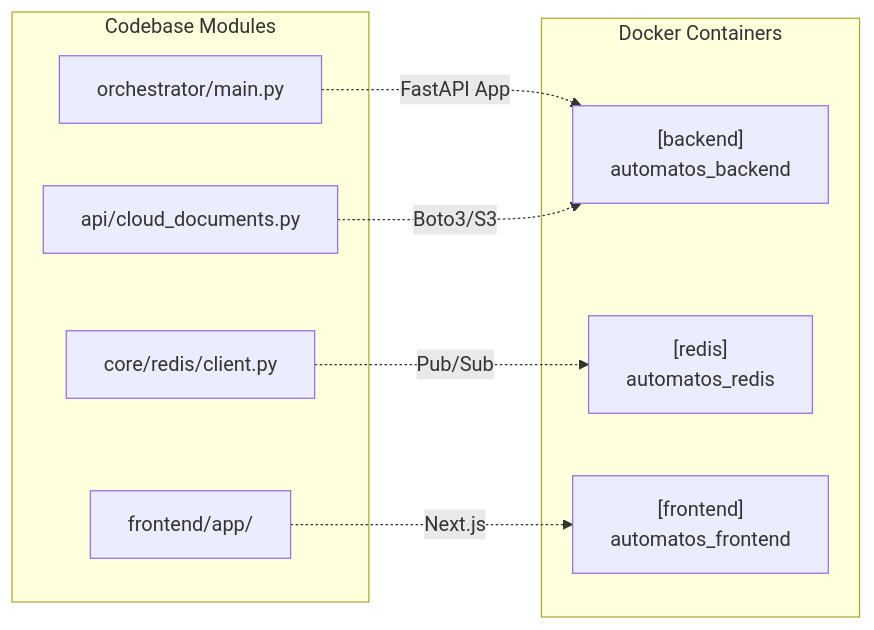
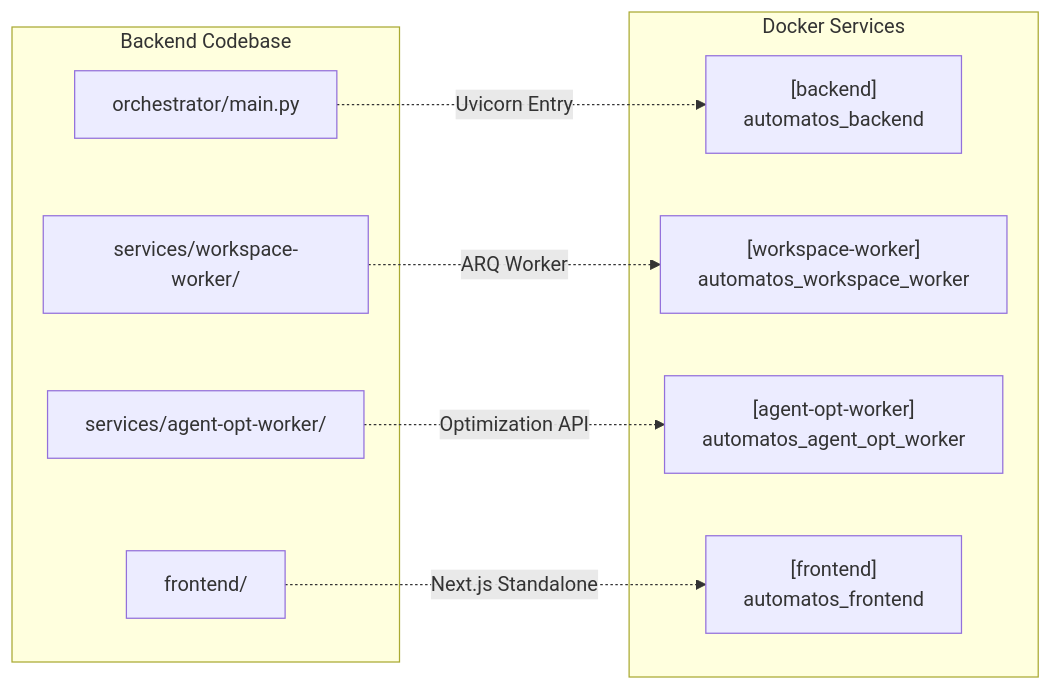
The second of 2 diagrams in docs/deployment-infrastructure/docker-compose-setup.md (AutomatosAI/automatos-ai), drawn with Mermaid before and after one commit. The commit also changed other lines of this file and 191 other files, not shown here.

````diff
--- a/docs/deployment-infrastructure/docker-compose-setup.md
+++ b/docs/deployment-infrastructure/docker-compose-setup.md
@@ -126,20 +185,21 @@
 ```mermaid
 graph LR
-    subgraph "Codebase Modules"
+    subgraph "Backend Codebase"
         main["orchestrator/main.py"]
-        redis_client["core/redis/client.py"]
-        cloud_api["api/cloud_documents.py"]
-        fe_app["frontend/app/"]
+        ws_worker_dir["services/workspace-worker/"]
+        opt_worker_dir["services/agent-opt-worker/"]
+        fe_src["frontend/"]
     end
 
-    subgraph "Docker Containers"
+    subgraph "Docker Services"
         svc_api["[backend]<br/>automatos_backend"]
-        svc_redis["[redis]<br/>automatos_redis"]
-        svc_ui["[frontend]<br/>automatos_frontend"]
+        svc_ws["[workspace-worker]<br/>automatos_workspace_worker"]
+        svc_opt["[agent-opt-worker]<br/>automatos_agent_opt_worker"]
+        svc_fe["[frontend]<br/>automatos_frontend"]
     end
 
-    main -.->|"FastAPI App"| svc_api
-    redis_client -.->|"Pub/Sub"| svc_redis
-    cloud_api -.->|"Boto3/S3"| svc_api
-    fe_app -.->|"Next.js"| svc_ui
+    main -.->|"Uvicorn Entry"| svc_api
+    ws_worker_dir -.->|"ARQ Worker"| svc_ws
+    opt_worker_dir -.->|"Optimization API"| svc_opt
+    fe_src -.->|"Next.js Standalone"| svc_fe
 ```
````
